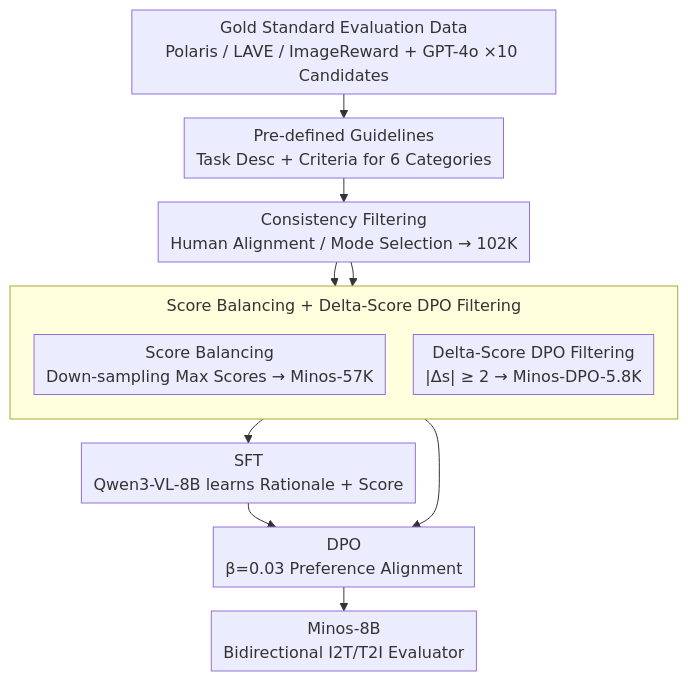
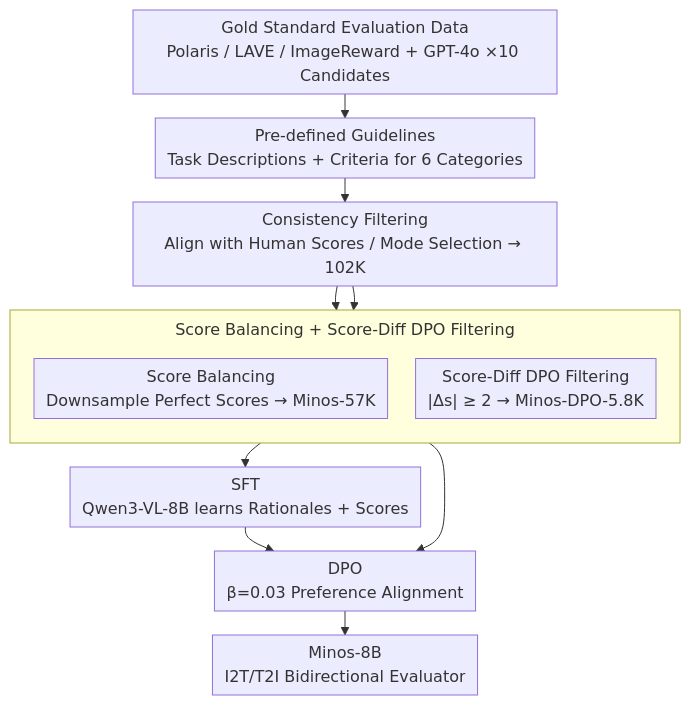
The diagram in docs/ACL2026/llm_evaluation/minos_a_multimodal_evaluation_model_for_bidirectional_generation_between_image_a.md (zhaoyang97/Paper-Notes-en), drawn with Mermaid before and after one commit. The commit also changed other lines of this file and 5084 other files, not shown here.

````diff
--- a/docs/ACL2026/llm_evaluation/minos_a_multimodal_evaluation_model_for_bidirectional_generation_between_image_a.md
+++ b/docs/ACL2026/llm_evaluation/minos_a_multimodal_evaluation_model_for_bidirectional_generation_between_image_a.md
@@ -42,18 +42,18 @@
 ```mermaid
 %%{init: {'flowchart': {'rankSpacing': 24, 'nodeSpacing': 28, 'padding': 6, 'wrappingWidth': 400, 'subGraphTitleMargin': {'top': 8, 'bottom': 16}}}}%%
 flowchart TD
     A["Gold Standard Evaluation Data<br/>Polaris / LAVE / ImageReward + GPT-4o ×10 Candidates"]
-    A --> B["Pre-defined Guidelines<br/>Task Desc + Criteria for 6 Categories"]
-    B --> C["Consistency Filtering<br/>Human Alignment / Mode Selection → 102K"]
-    subgraph S3["Score Balancing + Delta-Score DPO Filtering"]
+    A --> B["Pre-defined Guidelines<br/>Task Descriptions + Criteria for 6 Categories"]
+    B --> C["Consistency Filtering<br/>Align with Human Scores / Mode Selection → 102K"]
+    subgraph S3["Score Balancing + Score-Diff DPO Filtering"]
         direction TB
-        D1["Score Balancing<br/>Down-sampling Max Scores → Minos-57K"]
-        D2["Delta-Score DPO Filtering<br/>|Δs| ≥ 2 → Minos-DPO-5.8K"]
+        D1["Score Balancing<br/>Downsample Perfect Scores → Minos-57K"]
+        D2["Score-Diff DPO Filtering<br/>|Δs| ≥ 2 → Minos-DPO-5.8K"]
     end
     C --> D1
     C --> D2
-    D1 --> E["SFT<br/>Qwen3-VL-8B learns Rationale + Score"]
+    D1 --> E["SFT<br/>Qwen3-VL-8B learns Rationales + Scores"]
     D2 --> F["DPO<br/>β=0.03 Preference Alignment"]
     E --> F
-    F --> G["Minos-8B<br/>Bidirectional I2T/T2I Evaluator"]
+    F --> G["Minos-8B<br/>I2T/T2I Bidirectional Evaluator"]
 ```
````
